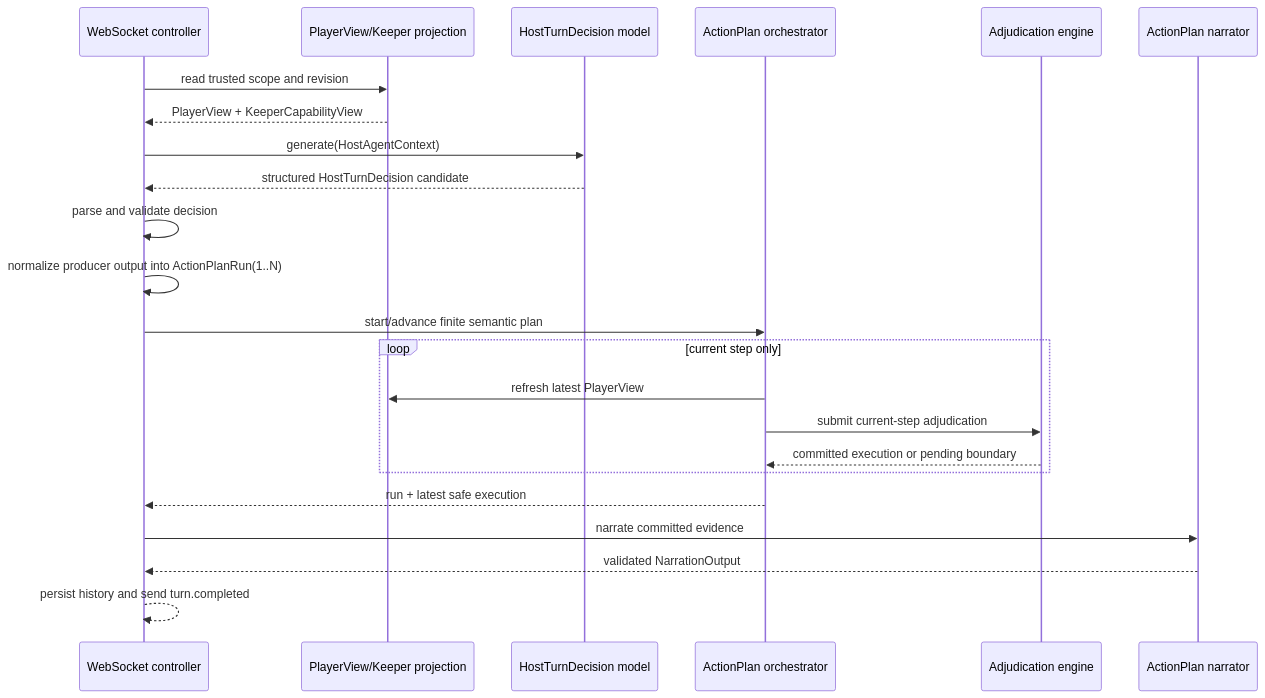
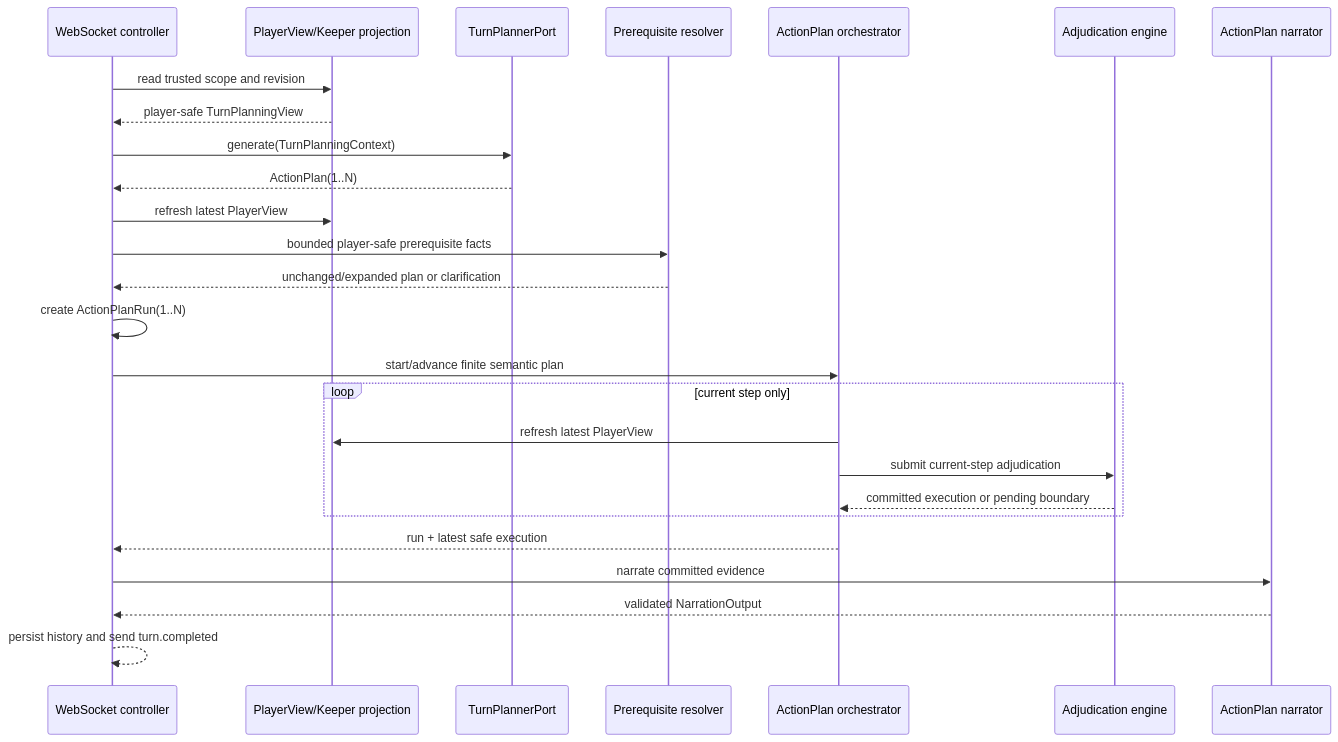
One commit to 1024XEngineer/TRPG-master changed the first of 3 diagrams in agent-collaboration-framework/docs/architecture.md. Above: the diagram before and after it, drawn with Mermaid. The commit also changed other lines of this file and 30 other files, not shown here.

First line of the commit message:
feat(planner): 引入 hybrid producer 与统一 ActionPlan 执行链（#357） (#403)

````diff
--- a/agent-collaboration-framework/docs/architecture.md
+++ b/agent-collaboration-framework/docs/architecture.md
@@ -16,26 +16,29 @@
 ```mermaid
 sequenceDiagram
     participant W as WebSocket controller
     participant V as PlayerView/Keeper projection
-    participant P as HostTurnDecision model
+    participant P as TurnPlannerPort
+    participant R as Prerequisite resolver
     participant O as ActionPlan orchestrator
     participant E as Adjudication engine
     participant N as ActionPlan narrator
 
     W->>V: read trusted scope and revision
-    V-->>W: PlayerView + KeeperCapabilityView
-    W->>P: generate(HostAgentContext)
-    P-->>W: structured HostTurnDecision candidate
-    W->>W: parse and validate decision
-    W->>W: normalize producer output into ActionPlanRun(1..N)
+    V-->>W: player-safe TurnPlanningView
+    W->>P: generate(TurnPlanningContext)
+    P-->>W: ActionPlan(1..N)
+    W->>V: refresh latest PlayerView
+    W->>R: bounded player-safe prerequisite facts
+    R-->>W: unchanged/expanded plan or clarification
+    W->>W: create ActionPlanRun(1..N)
     W->>O: start/advance finite semantic plan
     loop current step only
         O->>V: refresh latest PlayerView
         O->>E: submit current-step adjudication
         E-->>O: committed execution or pending boundary
     end
     O-->>W: run + latest safe execution
     W->>N: narrate committed evidence
     N-->>W: validated NarrationOutput
     W-->>W: persist history and send turn.completed
 ```
````
